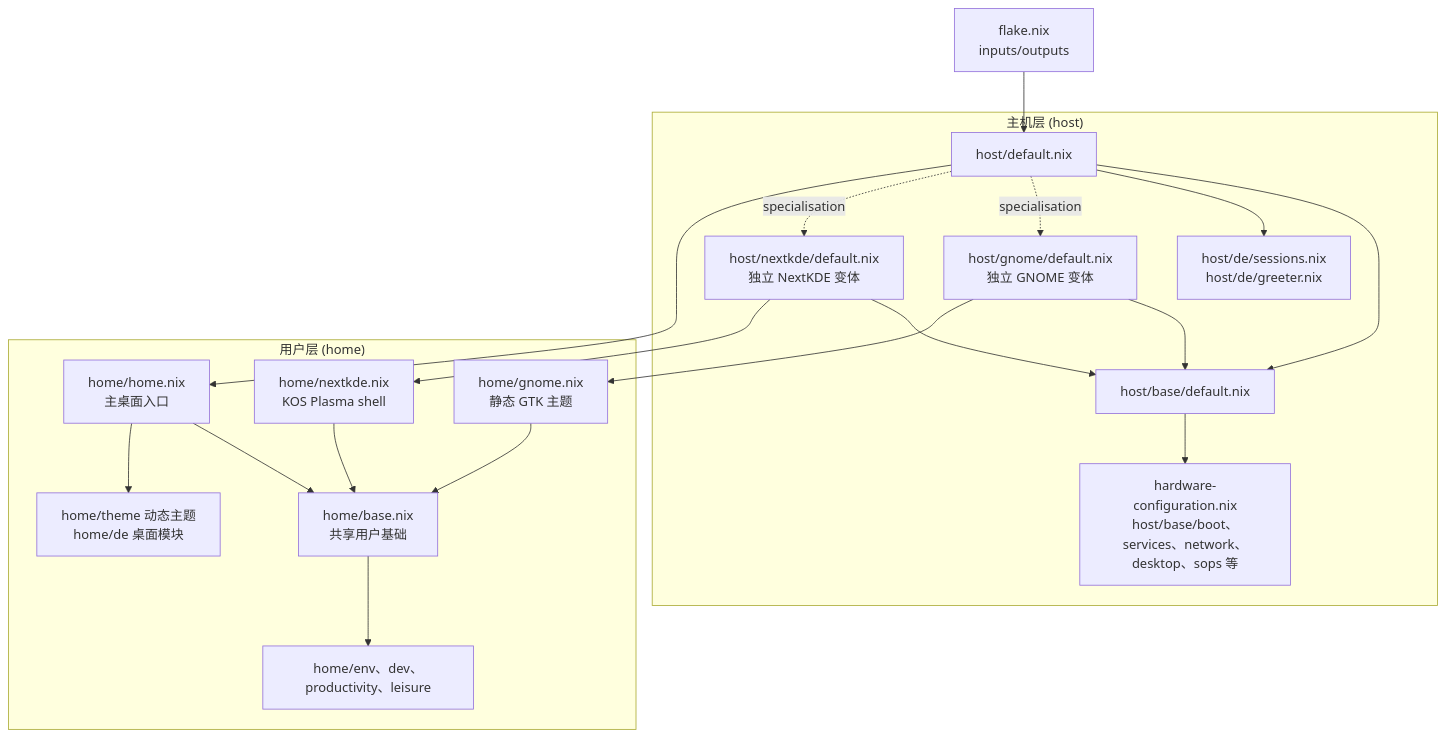
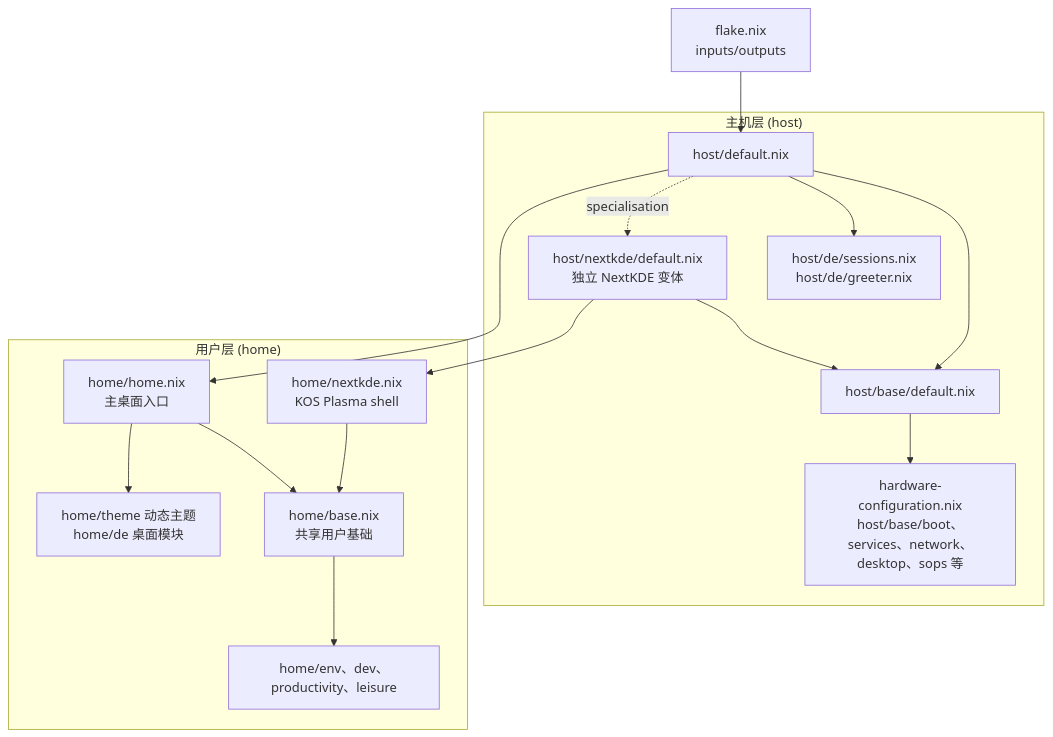
The first of 3 diagrams in wiki/architecture/index.md (Shangshui0302/myNixOSConfig), drawn with Mermaid before and after one commit. The commit also changed other lines of this file and 57 other files, not shown here.

````diff
--- a/wiki/architecture/index.md
+++ b/wiki/architecture/index.md
@@ -34,36 +34,30 @@
 ```mermaid
 graph TB
 F["flake.nix<br/>inputs/outputs"]
 subgraph "主机层 (host)"
 H1["host/default.nix"]
 HB["host/base/default.nix"]
 HC["hardware-configuration.nix<br/>host/base/boot、services、network、desktop、sops 等"]
 HD["host/de/sessions.nix<br/>host/de/greeter.nix"]
-HG["host/gnome/default.nix<br/>独立 GNOME 变体"]
 HK["host/nextkde/default.nix<br/>独立 NextKDE 变体"]
 end
 subgraph "用户层 (home)"
 U1["home/home.nix<br/>主桌面入口"]
 UB["home/base.nix<br/>共享用户基础"]
 UC["home/env、dev、productivity、leisure"]
 UD["home/theme 动态主题<br/>home/de 桌面模块"]
-UG["home/gnome.nix<br/>静态 GTK 主题"]
 UK["home/nextkde.nix<br/>KOS Plasma shell"]
 end
 F --> H1
 H1 --> HB
 HB --> HC
 H1 --> HD
-H1 -. specialisation .-> HG
-HG --> HB
 H1 -. specialisation .-> HK
 HK --> HB
 HK --> UK
 UK --> UB
 H1 --> U1
 U1 --> UB
 UB --> UC
 U1 --> UD
-HG --> UG
-UG --> UB
 ```
````
